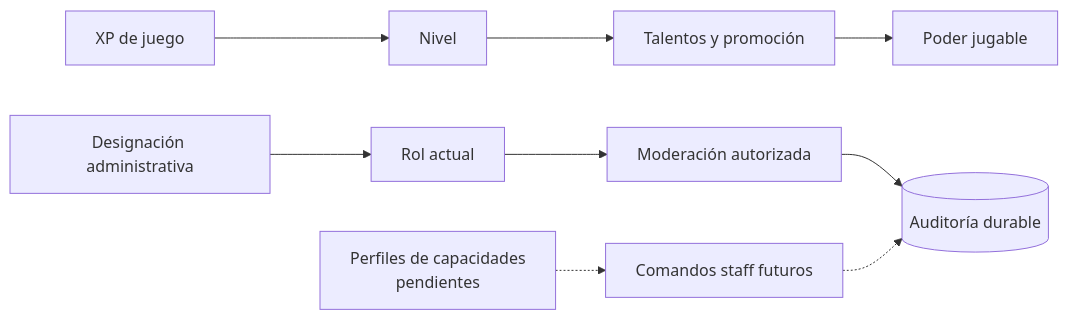
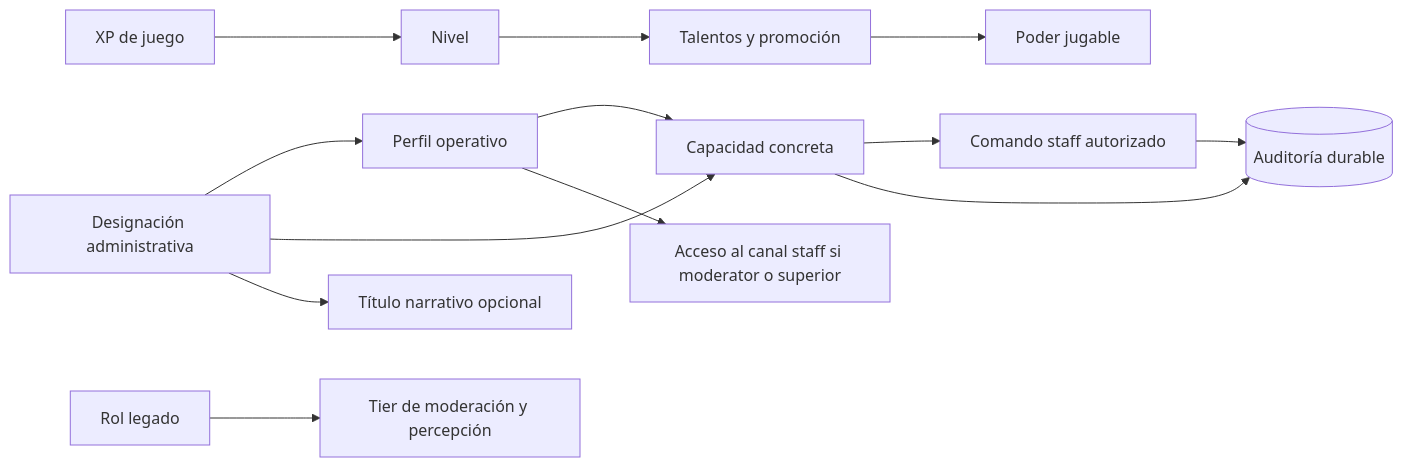
The third of 3 diagrams in README.md (hyukudan/tiamud), drawn with Mermaid before and after one commit. The commit also changed other lines of this file and 28 other files, not shown here.

Commit message:
Implement capability-based staff operations

````diff
--- a/README.md
+++ b/README.md
@@ -263,15 +285,19 @@
 ```mermaid
 flowchart LR
     accTitle: Progresión del personaje y autoridad de staff separadas
-    accDescr: La experiencia mejora el personaje jugable. Un administrador asigna por separado un rol o futuras capacidades de staff; las acciones sensibles dejan auditoría y nunca se obtienen jugando.
+    accDescr: La experiencia mejora el personaje jugable. Una designación separada asigna perfil y capacidades concretas; el título narrativo y el rol legado no autorizan comandos. Las acciones sensibles dejan auditoría y nunca se obtienen jugando.
 
     XP[XP de juego] --> Level[Nivel]
     Level --> Talents[Talentos y promoción]
     Talents --> Play[Poder jugable]
 
-    Appointment[Designación administrativa] --> Role[Rol actual]
-    Role --> Moderation[Moderación autorizada]
-    Future[Perfiles de capacidades<br/>pendientes] -.-> StaffActions[Comandos staff futuros]
-    Moderation --> Audit[(Auditoría durable)]
-    StaffActions -.-> Audit
+    Appointment[Designación administrativa] --> Profile[Perfil operativo]
+    Profile --> Capability[Capacidad concreta]
+    Appointment --> Capability
+    Capability --> StaffActions[Comando staff autorizado]
+    Appointment --> Lore[Título narrativo opcional]
+    Legacy[Rol legado] --> Perception[Tier de moderación y percepción]
+    Profile --> StaffChannel[Acceso al canal staff si moderator o superior]
+    Capability --> Audit[(Auditoría durable)]
+    StaffActions --> Audit
 ```
````
